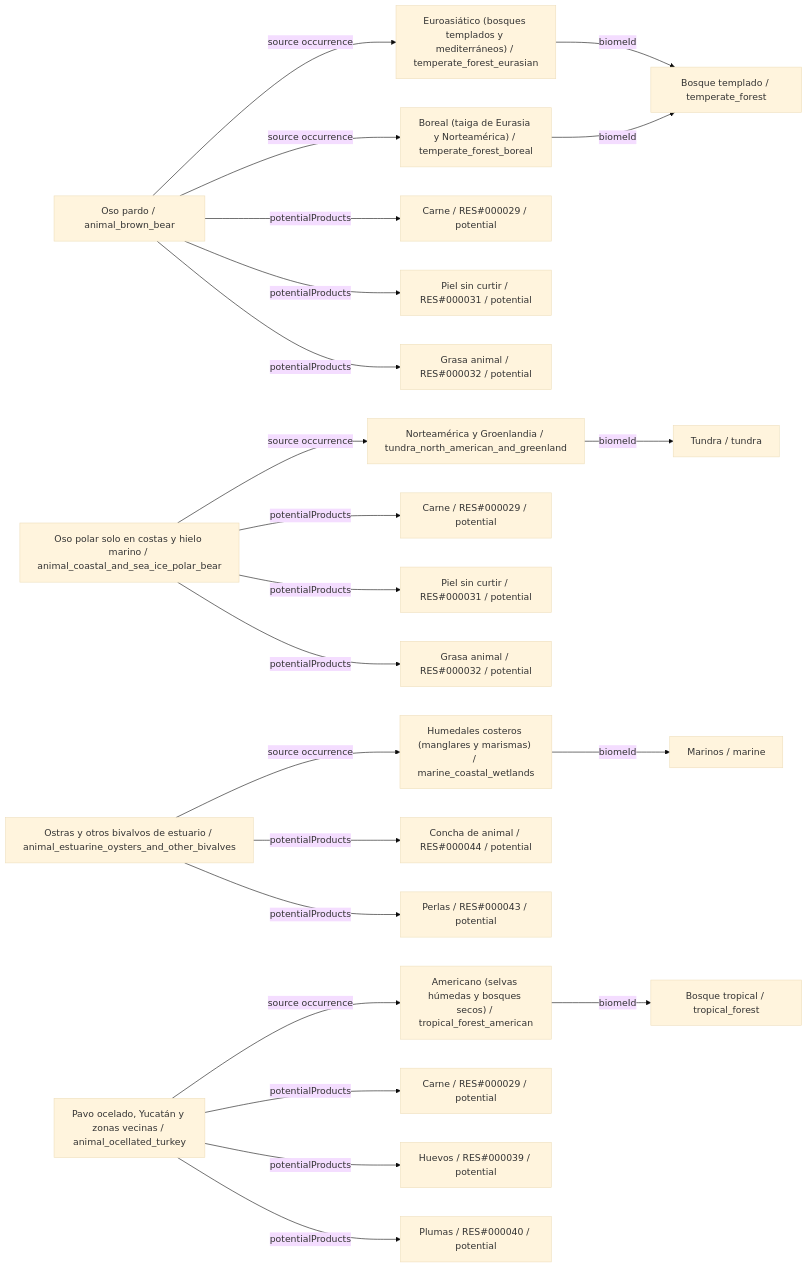
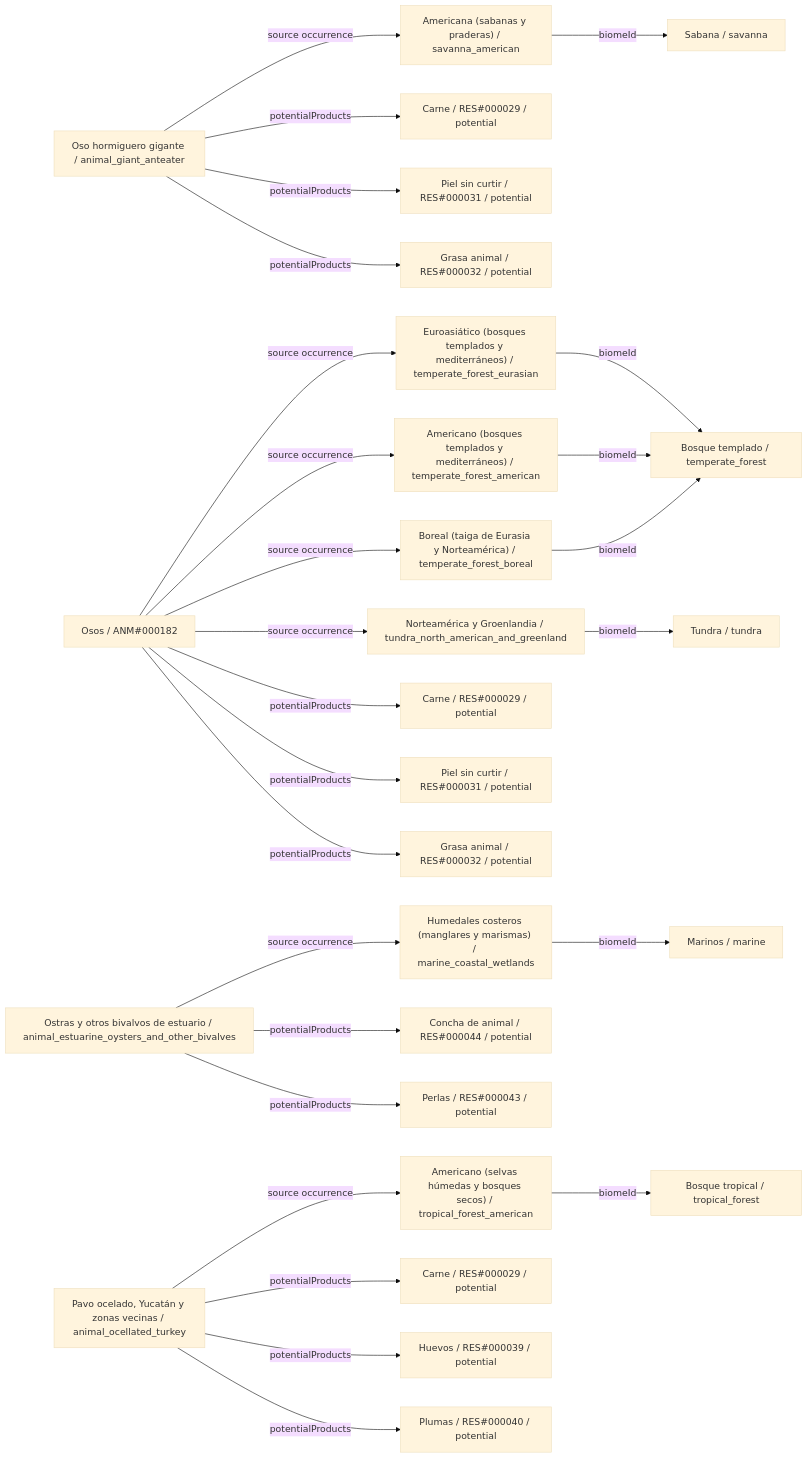
Before and after one commit to fgabo404/EvolveDoc: diagram 17 of 26 in data/animals/DIAGRAMS.es.md, drawn with Mermaid (base theme). The commit also changed other lines of this file and 59 other files, not shown here.

````diff
--- a/data/animals/DIAGRAMS.es.md
+++ b/data/animals/DIAGRAMS.es.md
@@ -1030,48 +819,55 @@
 ```mermaid
 flowchart LR
-    c0["Oso pardo / animal_brown_bear"]
-    v4["Euroasiático (bosques templados y mediterráneos) / temperate_forest_eurasian"]
-    b1["Bosque templado / temperate_forest"]
-    v7["Boreal (taiga de Eurasia y Norteamérica) / temperate_forest_boreal"]
+    c0["Oso hormiguero gigante / animal_giant_anteater"]
+    v12["Americana (sabanas y praderas) / savanna_american"]
+    b3["Sabana / savanna"]
     o0_0["Carne / RES#000029 / potential"]
     o0_1["Piel sin curtir / RES#000031 / potential"]
     o0_2["Grasa animal / RES#000032 / potential"]
-    c1["Oso polar solo en costas y hielo marino / animal_coastal_and_sea_ice_polar_bear"]
+    c1["Osos / ANM#000182"]
+    v4["Euroasiático (bosques templados y mediterráneos) / temperate_forest_eurasian"]
+    b1["Bosque templado / temperate_forest"]
+    v5["Americano (bosques templados y mediterráneos) / temperate_forest_american"]
+    v7["Boreal (taiga de Eurasia y Norteamérica) / temperate_forest_boreal"]
     v8["Norteamérica y Groenlandia / tundra_north_american_and_greenland"]
     b2["Tundra / tundra"]
     o1_0["Carne / RES#000029 / potential"]
     o1_1["Piel sin curtir / RES#000031 / potential"]
     o1_2["Grasa animal / RES#000032 / potential"]
     c2["Ostras y otros bivalvos de estuario / animal_estuarine_oysters_and_other_bivalves"]
     v22["Humedales costeros (manglares y marismas) / marine_coastal_wetlands"]
     b5["Marinos / marine"]
     o2_0["Concha de animal / RES#000044 / potential"]
     o2_1["Perlas / RES#000043 / potential"]
     c3["Pavo ocelado, Yucatán y zonas vecinas / animal_ocellated_turkey"]
     v0["Americano (selvas húmedas y bosques secos) / tropical_forest_american"]
     b0["Bosque tropical / tropical_forest"]
     o3_0["Carne / RES#000029 / potential"]
     o3_1["Huevos / RES#000039 / potential"]
     o3_2["Plumas / RES#000040 / potential"]
     c0 -->|potentialProducts| o0_0
     c0 -->|potentialProducts| o0_1
     c0 -->|potentialProducts| o0_2
-    c0 -->|source occurrence| v4
-    c0 -->|source occurrence| v7
+    c0 -->|source occurrence| v12
     c1 -->|potentialProducts| o1_0
     c1 -->|potentialProducts| o1_1
     c1 -->|potentialProducts| o1_2
+    c1 -->|source occurrence| v4
+    c1 -->|source occurrence| v5
+    c1 -->|source occurrence| v7
     c1 -->|source occurrence| v8
     c2 -->|potentialProducts| o2_0
     c2 -->|potentialProducts| o2_1
     c2 -->|source occurrence| v22
     c3 -->|potentialProducts| o3_0
     c3 -->|potentialProducts| o3_1
     c3 -->|potentialProducts| o3_2
     c3 -->|source occurrence| v0
     v0 -->|biomeId| b0
+    v12 -->|biomeId| b3
     v22 -->|biomeId| b5
     v4 -->|biomeId| b1
+    v5 -->|biomeId| b1
     v7 -->|biomeId| b1
     v8 -->|biomeId| b2
 ```
````
